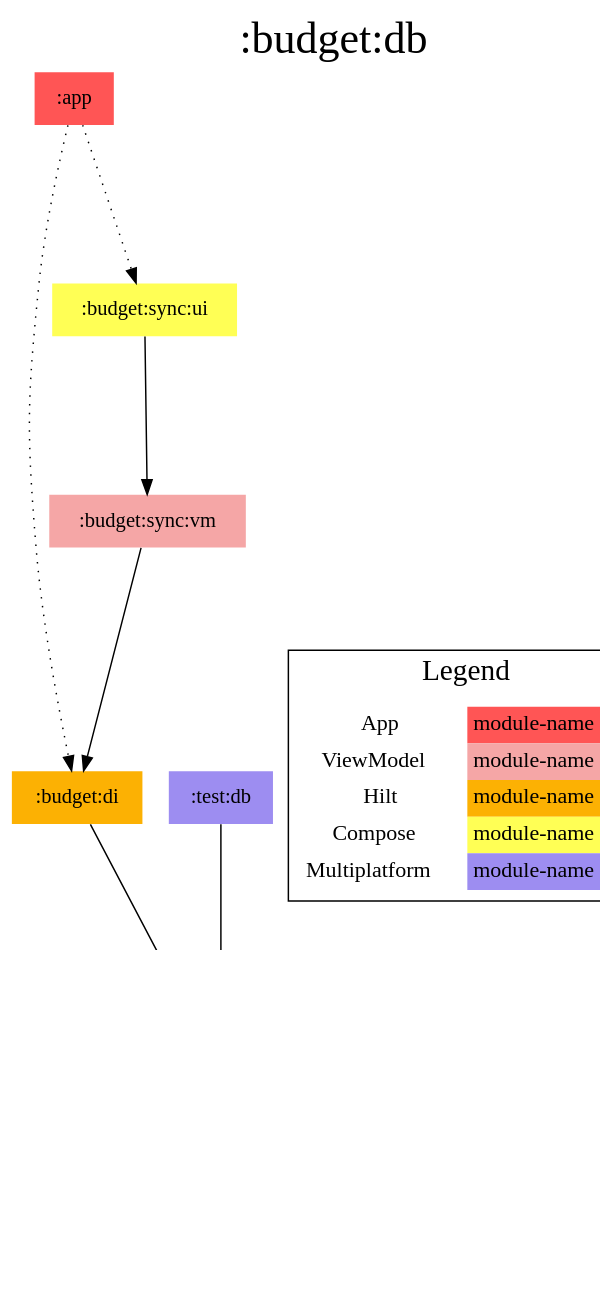
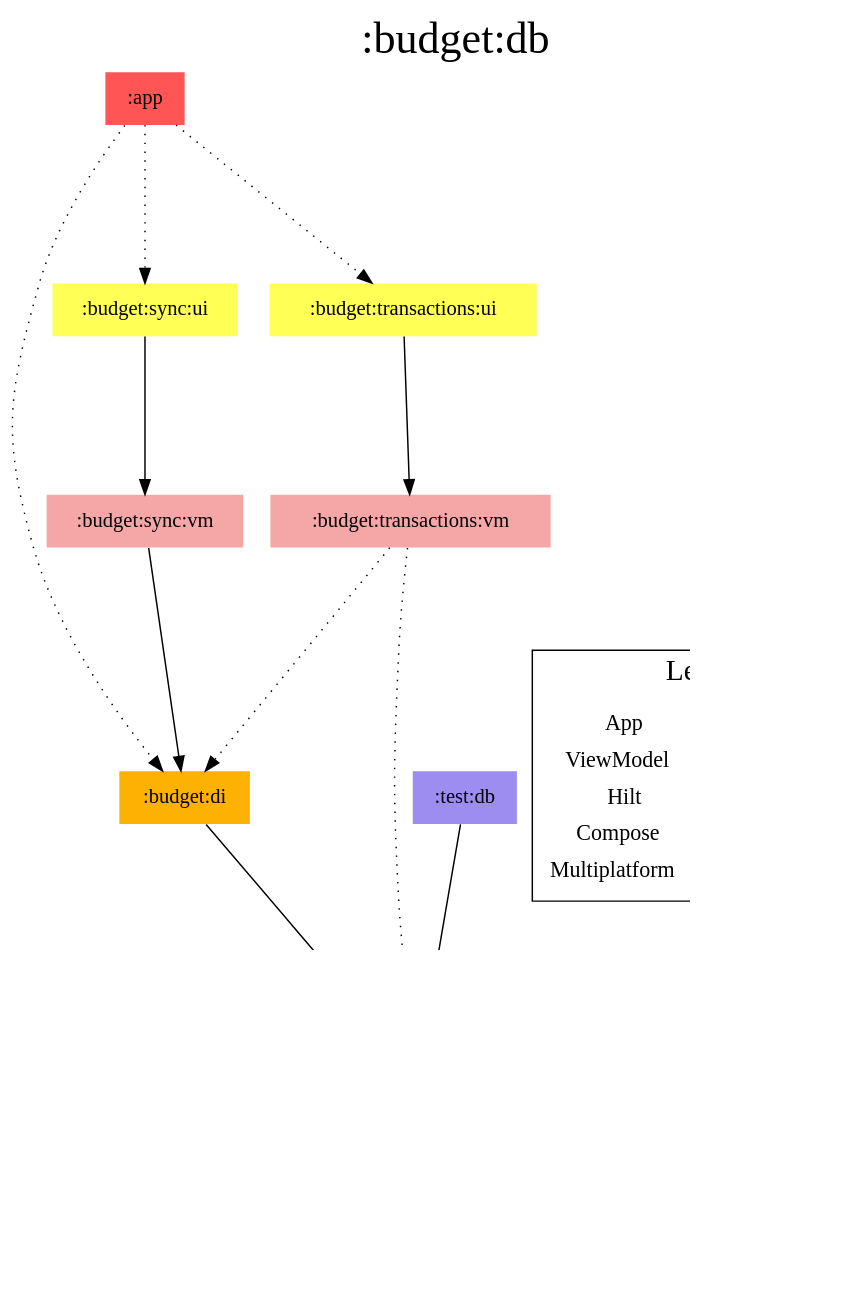
The diagram in modules/budget/db/modules.dot (jonapoul/aktual), drawn with Graphviz before and after one commit. The commit also changed 47 other files, not shown here.

```diff
--- a/modules/budget/db/modules.dot
+++ b/modules/budget/db/modules.dot
@@ -1,39 +1,45 @@
 digraph {
 edge ["dir"="forward"]
 graph ["dpi"="100","label"=":budget:db","labelloc"="t","fontsize"="30","ranksep"="1.5","rankdir"="TB"]
 node ["style"="filled"]
 ":app" ["fillcolor"="#FF5555","shape"="none"]
 ":budget:db" ["fillcolor"="#9D8DF1","color"="black","penwidth"="3","shape"="box"]
 ":budget:di" ["fillcolor"="#FCB103","shape"="none"]
 ":budget:model" ["fillcolor"="#9D8DF1","shape"="none"]
 ":budget:sync:ui" ["fillcolor"="#FFFF55","shape"="none"]
 ":budget:sync:vm" ["fillcolor"="#F5A6A6","shape"="none"]
+":budget:transactions:ui" ["fillcolor"="#FFFF55","shape"="none"]
+":budget:transactions:vm" ["fillcolor"="#F5A6A6","shape"="none"]
 ":core:model" ["fillcolor"="#9D8DF1","shape"="none"]
 ":test:db" ["fillcolor"="#9D8DF1","shape"="none"]
 {
 edge ["dir"="none"]
 graph ["rank"="same"]
 ":budget:db"
 }
 ":app" -> ":budget:di" ["style"="dotted"]
 ":app" -> ":budget:sync:ui" ["style"="dotted"]
+":app" -> ":budget:transactions:ui" ["style"="dotted"]
 ":budget:db" -> ":budget:model"
 ":budget:db" -> ":core:model"
 ":budget:di" -> ":budget:db"
 ":budget:sync:ui" -> ":budget:sync:vm"
 ":budget:sync:vm" -> ":budget:di"
+":budget:transactions:ui" -> ":budget:transactions:vm"
+":budget:transactions:vm" -> ":budget:db" ["style"="dotted"]
+":budget:transactions:vm" -> ":budget:di" ["style"="dotted"]
 ":test:db" -> ":budget:db"
 subgraph "cluster_legend" {
 edge ["dir"="none"]
 graph ["label"="Legend","fontsize"="20"]
 "Legend" ["style"="filled","fillcolor"="#FFFFFF","shape"="none","margin"="0","fontsize"="15","label"=<
 <TABLE BORDER="0" CELLBORDER="0" CELLSPACING="0" CELLPADDING="4">
 <TR><TD>App</TD><TD BGCOLOR="#FF5555">module-name</TD></TR>
 <TR><TD>ViewModel</TD><TD BGCOLOR="#F5A6A6">module-name</TD></TR>
 <TR><TD>Hilt</TD><TD BGCOLOR="#FCB103">module-name</TD></TR>
 <TR><TD>Compose</TD><TD BGCOLOR="#FFFF55">module-name</TD></TR>
 <TR><TD>Multiplatform</TD><TD BGCOLOR="#9D8DF1">module-name</TD></TR>
 </TABLE>
 >]
 } -> ":budget:db" ["style"="invis"]
 }
```
